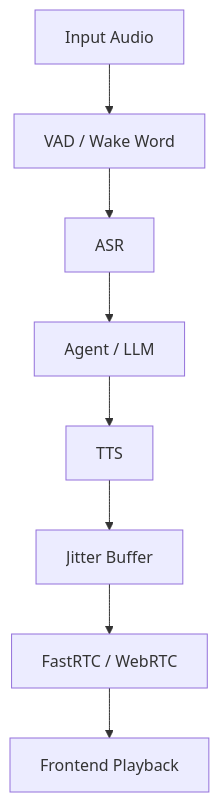
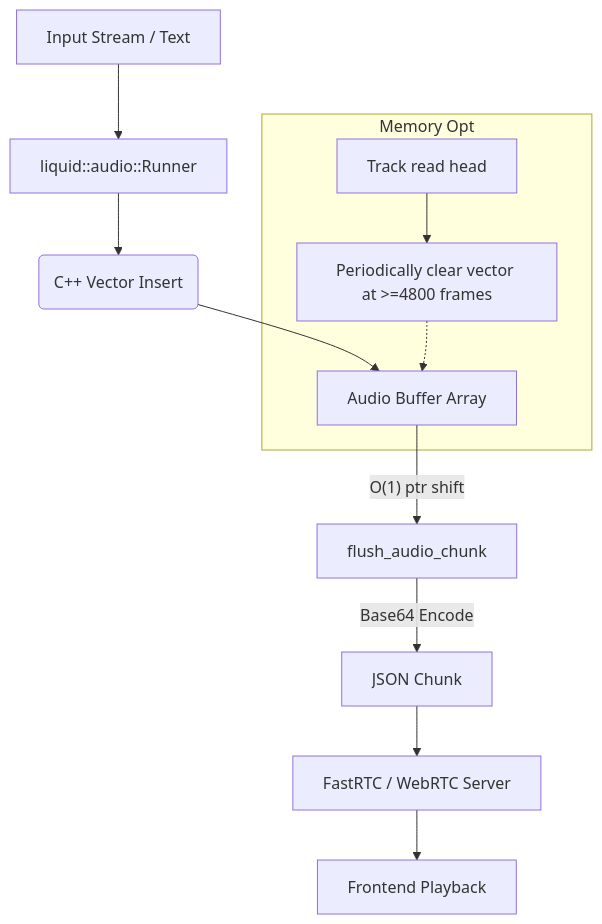
The diagram in .agents/reports/auralis-audio-optimization.md (carlosfundora/llama.cpp-1-bit-turbo), drawn with Mermaid before and after one commit. The commit also changed other lines of this file and 1 other file, not shown here.

First line of the commit message:
perf: optimize audio chunk flushing in liquid-audio server

````diff
--- a/.agents/reports/auralis-audio-optimization.md
+++ b/.agents/reports/auralis-audio-optimization.md
@@ -119,10 +53,17 @@
 ```mermaid
 flowchart TD
-    A[Input Audio] --> B[VAD / Wake Word]
-    B --> C[ASR]
-    C --> D[Agent / LLM]
-    D --> E[TTS]
-    E --> F[Jitter Buffer]
-    F --> G[FastRTC / WebRTC]
+    A[Input Stream / Text] --> B[liquid::audio::Runner]
+    B --> C(C++ Vector Insert)
+    C --> D[Audio Buffer Array]
+    D -- "O(1) ptr shift" --> E[flush_audio_chunk]
+    E -- "Base64 Encode" --> F[JSON Chunk]
+    F --> G[FastRTC / WebRTC Server]
     G --> H[Frontend Playback]
+
+    subgraph Memory Opt
+    I[Track read head]
+    J[Periodically clear vector at >=4800 frames]
+    I --> J
+    J -.-> D
+    end
 ```
````
